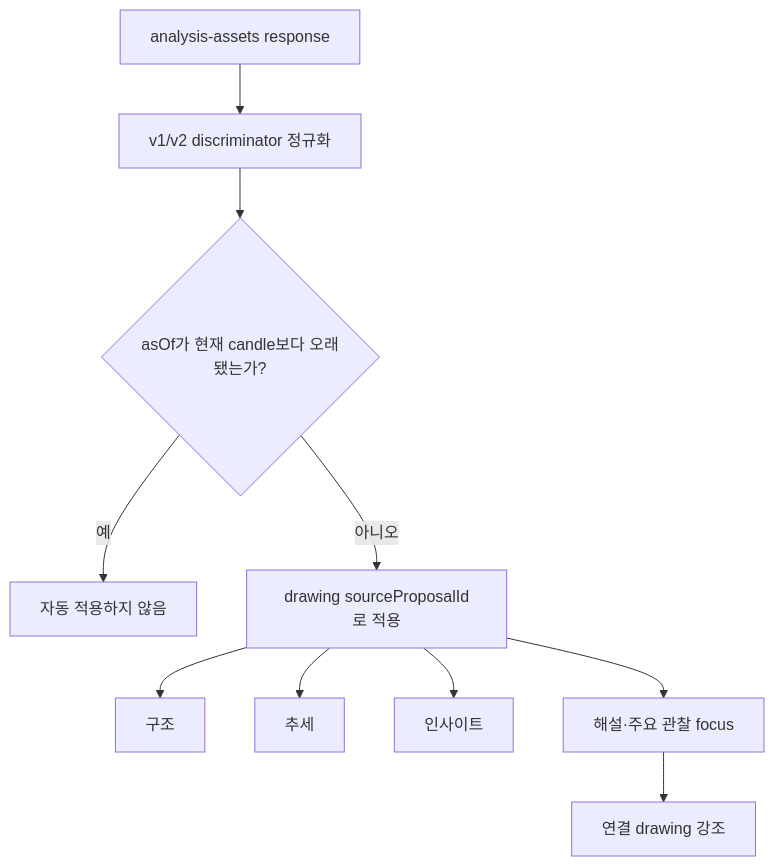
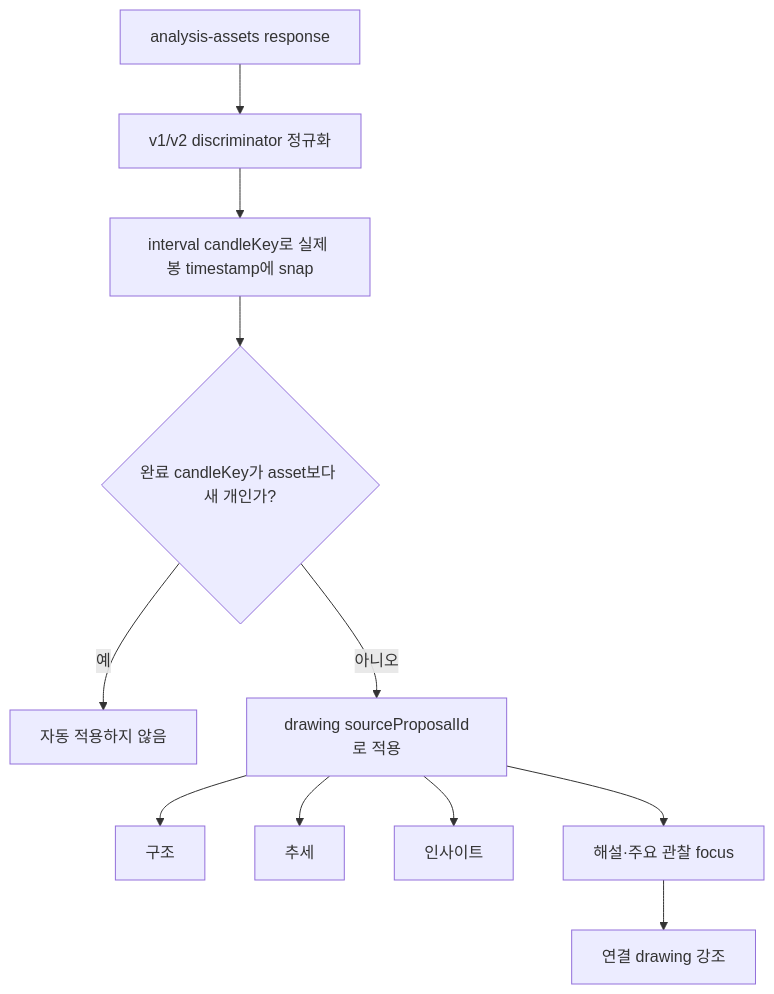
Before and after one commit to seunglee10/GOPS-BE: the ninth of 9 diagrams in docs/CHART_ANALYSIS_ASSETS.md, drawn with Mermaid. The commit also changed other lines of this file and 74 other files, not shown here.

Commit message:
feat(chart-assets): harden analysis reliability and quality

````diff
--- a/docs/CHART_ANALYSIS_ASSETS.md
+++ b/docs/CHART_ANALYSIS_ASSETS.md
@@ -239,12 +247,13 @@
 ```mermaid
 flowchart TD
   API["analysis-assets response"] --> Normalize["v1/v2 discriminator 정규화"]
-  Normalize --> Stale{"asOf가 현재 candle보다 오래됐는가?"}
+  Normalize --> Snap["interval candleKey로 실제 봉 timestamp에 snap"]
+  Snap --> Stale{"완료 candleKey가 asset보다 새 개인가?"}
   Stale -- "예" --> Hide["자동 적용하지 않음"]
   Stale -- "아니오" --> Apply["drawing sourceProposalId로 적용"]
   Apply --> ToggleS["구조"]
   Apply --> ToggleT["추세"]
   Apply --> ToggleI["인사이트"]
   Apply --> Panel["해설·주요 관찰 focus"]
   Panel --> Highlight["연결 drawing 강조"]
 ```
````
